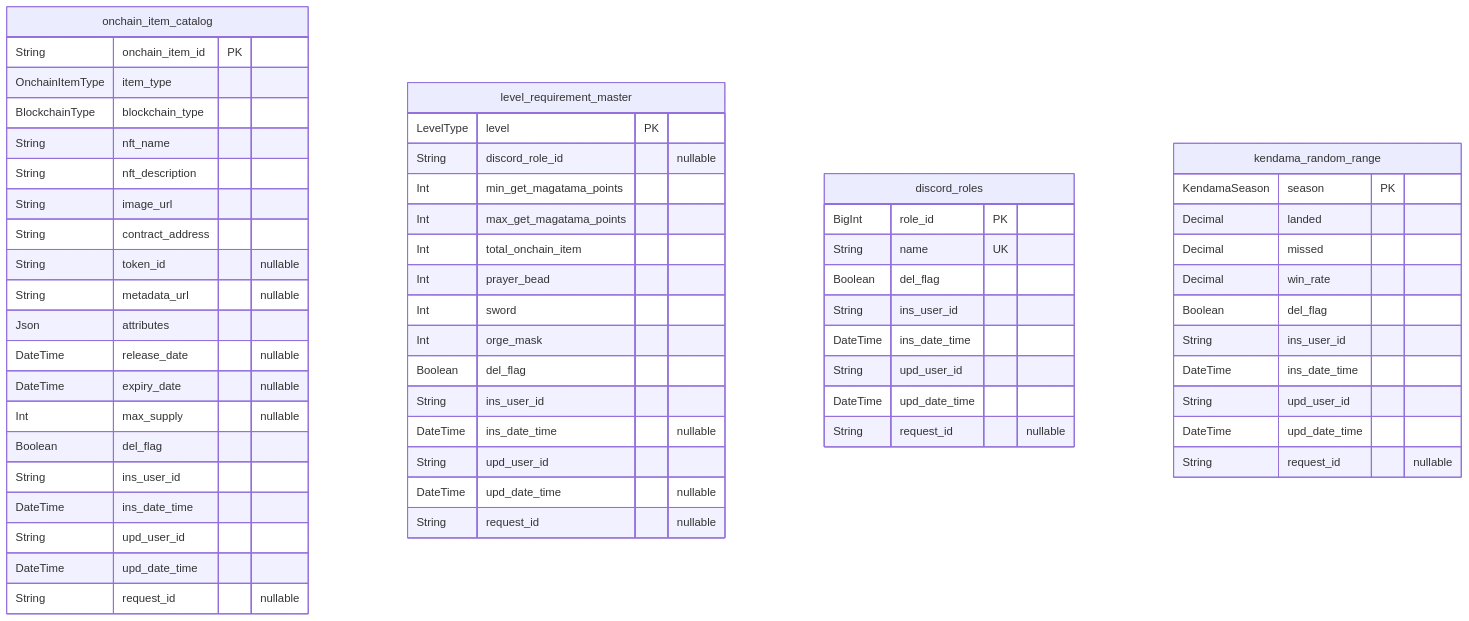
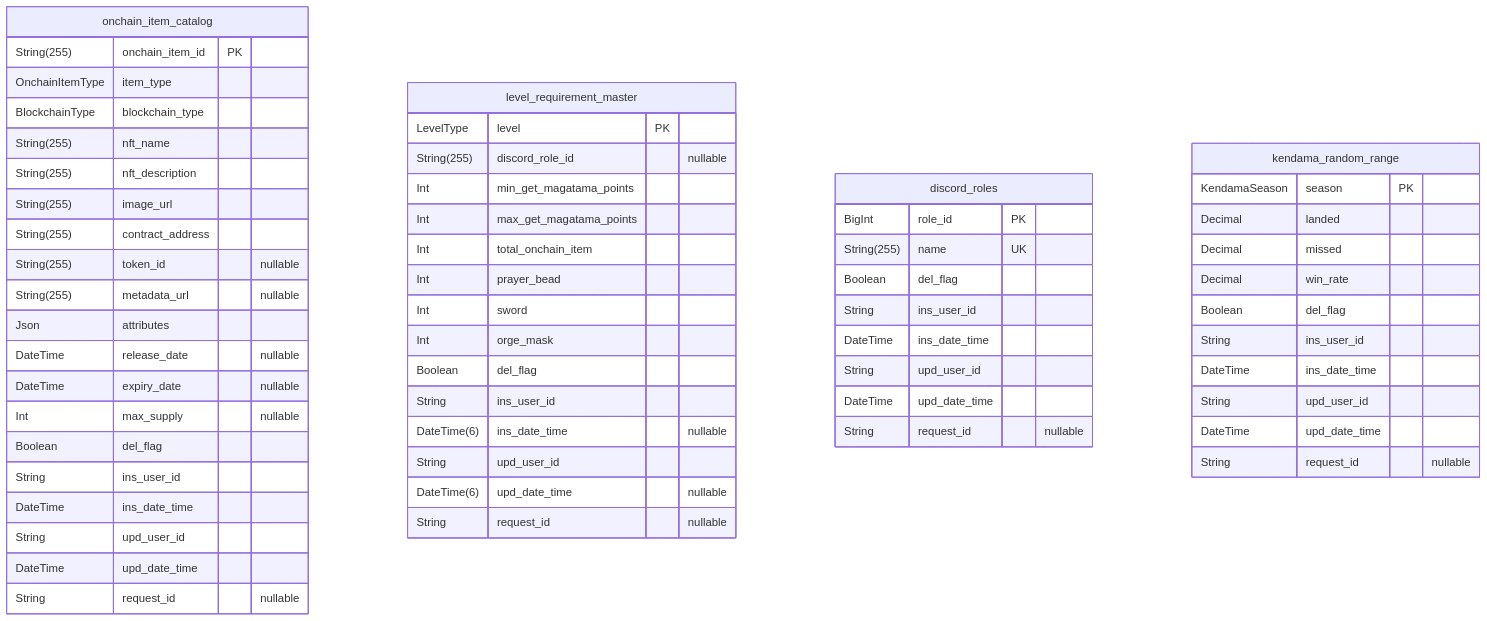
The third of 4 diagrams in prisma/docs/tourii-db-docs.md (sx-tane/tourii-backend), drawn with Mermaid before and after one commit. The commit also changed other lines of this file and 10 other files, not shown here.

````diff
--- a/prisma/docs/tourii-db-docs.md
+++ b/prisma/docs/tourii-db-docs.md
@@ -1128,62 +1128,62 @@
 ```mermaid
 erDiagram
 "onchain_item_catalog" {
-  String onchain_item_id PK
+  String(255) onchain_item_id PK
   OnchainItemType item_type
   BlockchainType blockchain_type
-  String nft_name
-  String nft_description
-  String image_url
-  String contract_address
-  String token_id "nullable"
-  String metadata_url "nullable"
+  String(255) nft_name
+  String(255) nft_description
+  String(255) image_url
+  String(255) contract_address
+  String(255) token_id "nullable"
+  String(255) metadata_url "nullable"
   Json attributes
   DateTime release_date "nullable"
   DateTime expiry_date "nullable"
   Int max_supply "nullable"
   Boolean del_flag
   String ins_user_id
   DateTime ins_date_time
   String upd_user_id
   DateTime upd_date_time
   String request_id "nullable"
 }
 "level_requirement_master" {
   LevelType level PK
-  String discord_role_id "nullable"
+  String(255) discord_role_id "nullable"
   Int min_get_magatama_points
   Int max_get_magatama_points
   Int total_onchain_item
   Int prayer_bead
   Int sword
   Int orge_mask
   Boolean del_flag
   String ins_user_id
-  DateTime ins_date_time "nullable"
+  DateTime(6) ins_date_time "nullable"
   String upd_user_id
-  DateTime upd_date_time "nullable"
+  DateTime(6) upd_date_time "nullable"
   String request_id "nullable"
 }
 "discord_roles" {
   BigInt role_id PK
-  String name UK
+  String(255) name UK
   Boolean del_flag
   String ins_user_id
   DateTime ins_date_time
   String upd_user_id
   DateTime upd_date_time
   String request_id "nullable"
 }
 "kendama_random_range" {
   KendamaSeason season PK
   Decimal landed
   Decimal missed
   Decimal win_rate
   Boolean del_flag
   String ins_user_id
   DateTime ins_date_time
   String upd_user_id
   DateTime upd_date_time
   String request_id "nullable"
 }
 ```
````
